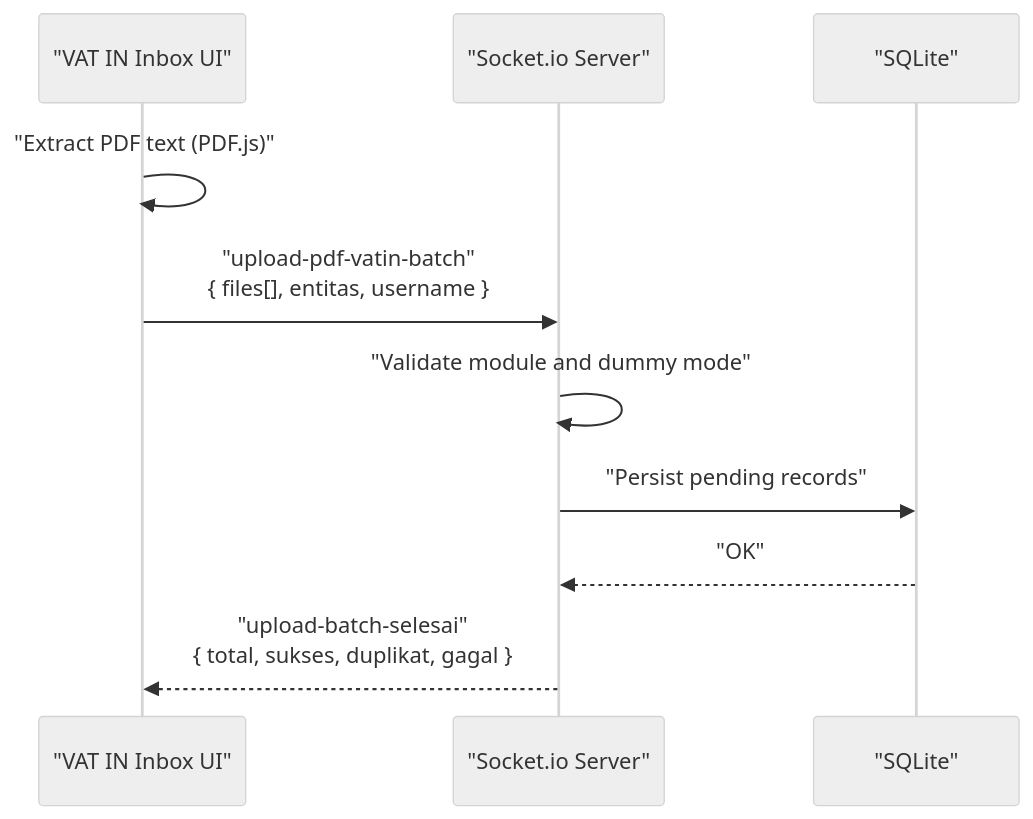
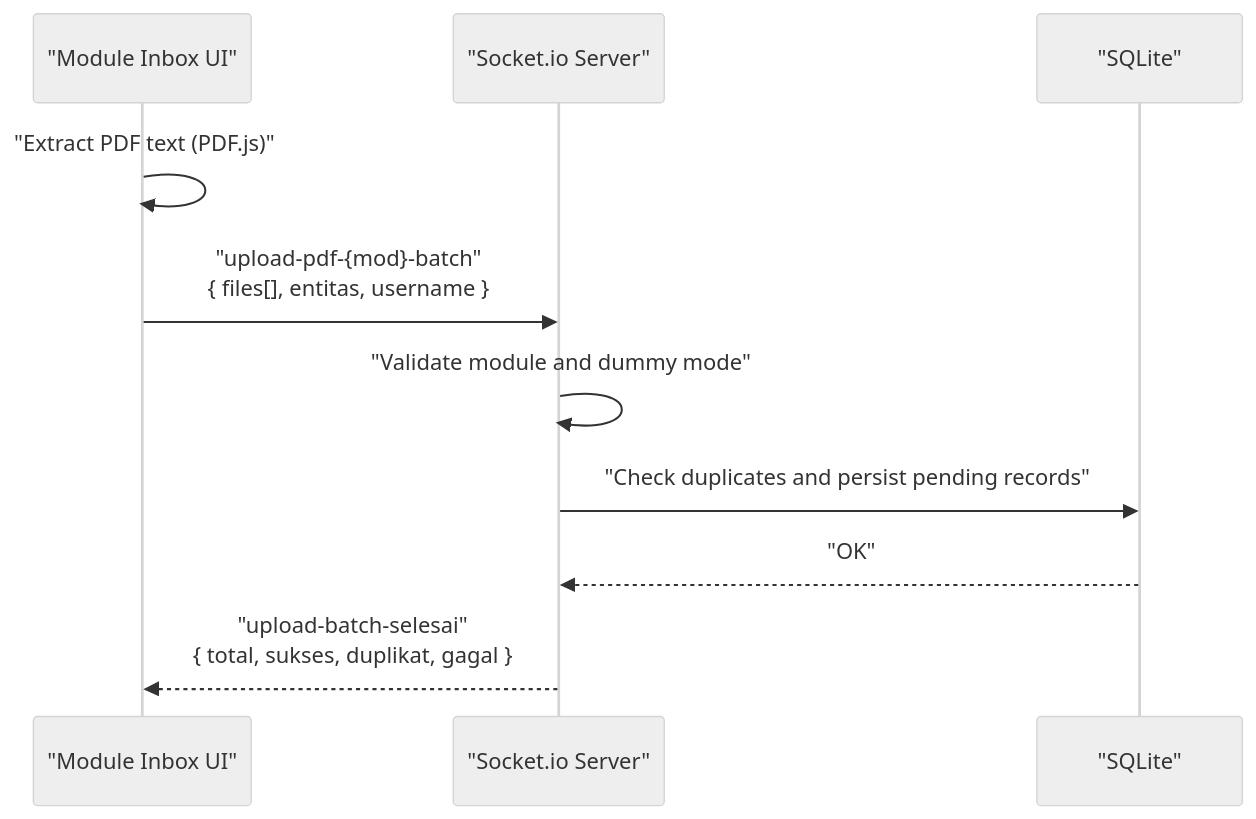
One commit to rendisiagian/TDS_by_RENDISIAGIAN changed the third of 6 diagrams in .qoder/repowiki/en/content/Advanced Features/Real-time Processing & Socket.io Integration.md. Above: the diagram before and after it, drawn with Mermaid (neutral theme). The commit also changed other lines of this file and 96 other files, not shown here.

````diff
--- a/.qoder/repowiki/en/content/Advanced Features/Real-time Processing & Socket.io Integration.md
+++ b/.qoder/repowiki/en/content/Advanced Features/Real-time Processing & Socket.io Integration.md
@@ -151,12 +138,12 @@
 ```mermaid
 sequenceDiagram
-participant UI as "VAT IN Inbox UI"
+participant UI as "Module Inbox UI"
 participant Sock as "Socket.io Server"
 participant DB as "SQLite"
 UI->>UI : "Extract PDF text (PDF.js)"
-UI->>Sock : "upload-pdf-vatin-batch"<br/>{ files[], entitas, username }
+UI->>Sock : "upload-pdf-{mod}-batch"<br/>{ files[], entitas, username }
 Sock->>Sock : "Validate module and dummy mode"
-Sock->>DB : "Persist pending records"
+Sock->>DB : "Check duplicates and persist pending records"
 DB-->>Sock : "OK"
 Sock-->>UI : "upload-batch-selesai"<br/>{ total, sukses, duplikat, gagal }
 ```
````
